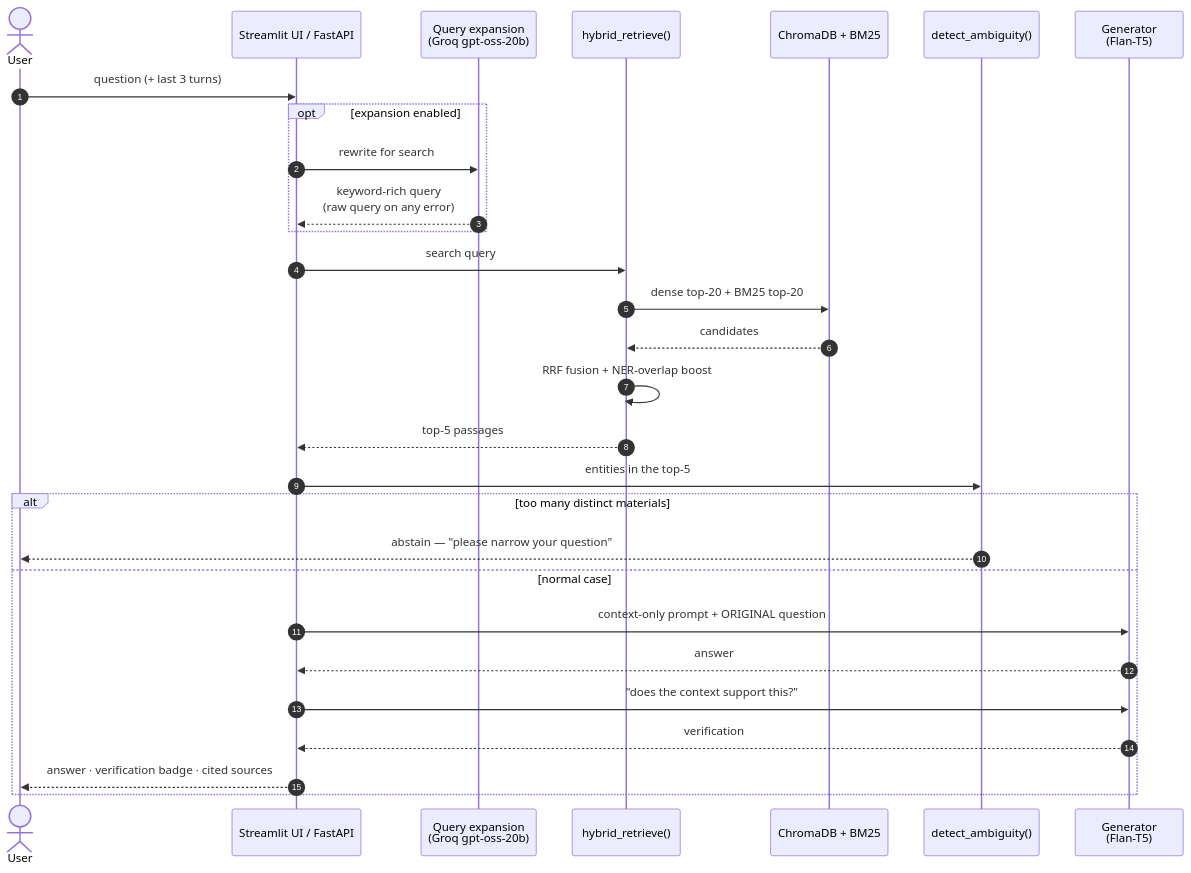
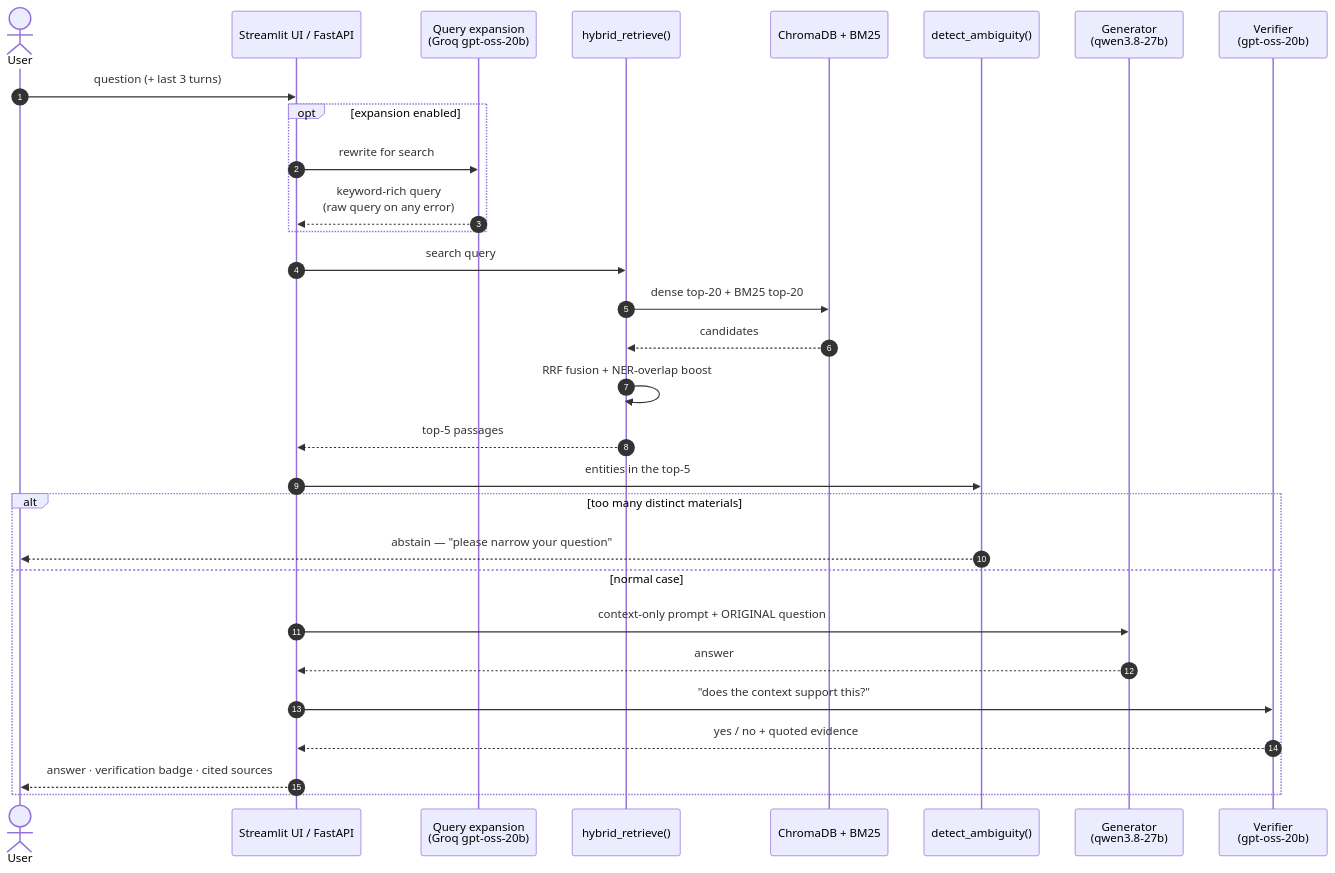
Before and after one commit to Mahakisore7/MatSci-RAG: the third of 6 diagrams in README.md, drawn with Mermaid. The commit also changed other lines of this file and 18 other files, not shown here.

First line of the commit message:
feat(rag): answer with qwen3.8-27b via Groq, fall back to local Flan-T5

````diff
--- a/README.md
+++ b/README.md
@@ -180,32 +180,33 @@
 ```mermaid
 sequenceDiagram
     autonumber
     actor U as User
     participant I as Streamlit UI / FastAPI
     participant X as Query expansion<br/>(Groq gpt-oss-20b)
     participant R as hybrid_retrieve()
     participant K as ChromaDB + BM25
     participant A as detect_ambiguity()
-    participant G as Generator<br/>(Flan-T5)
+    participant G as Generator<br/>(qwen3.8-27b)
+    participant V as Verifier<br/>(gpt-oss-20b)
 
     U->>I: question (+ last 3 turns)
     opt expansion enabled
         I->>X: rewrite for search
         X-->>I: keyword-rich query<br/>(raw query on any error)
     end
     I->>R: search query
     R->>K: dense top-20 + BM25 top-20
     K-->>R: candidates
     R->>R: RRF fusion + NER-overlap boost
     R-->>I: top-5 passages
     I->>A: entities in the top-5
     alt too many distinct materials
         A-->>U: abstain — "please narrow your question"
     else normal case
         I->>G: context-only prompt + ORIGINAL question
         G-->>I: answer
-        I->>G: "does the context support this?"
-        G-->>I: verification
+        I->>V: "does the context support this?"
+        V-->>I: yes / no + quoted evidence
         I-->>U: answer · verification badge · cited sources
     end
 ```
````
